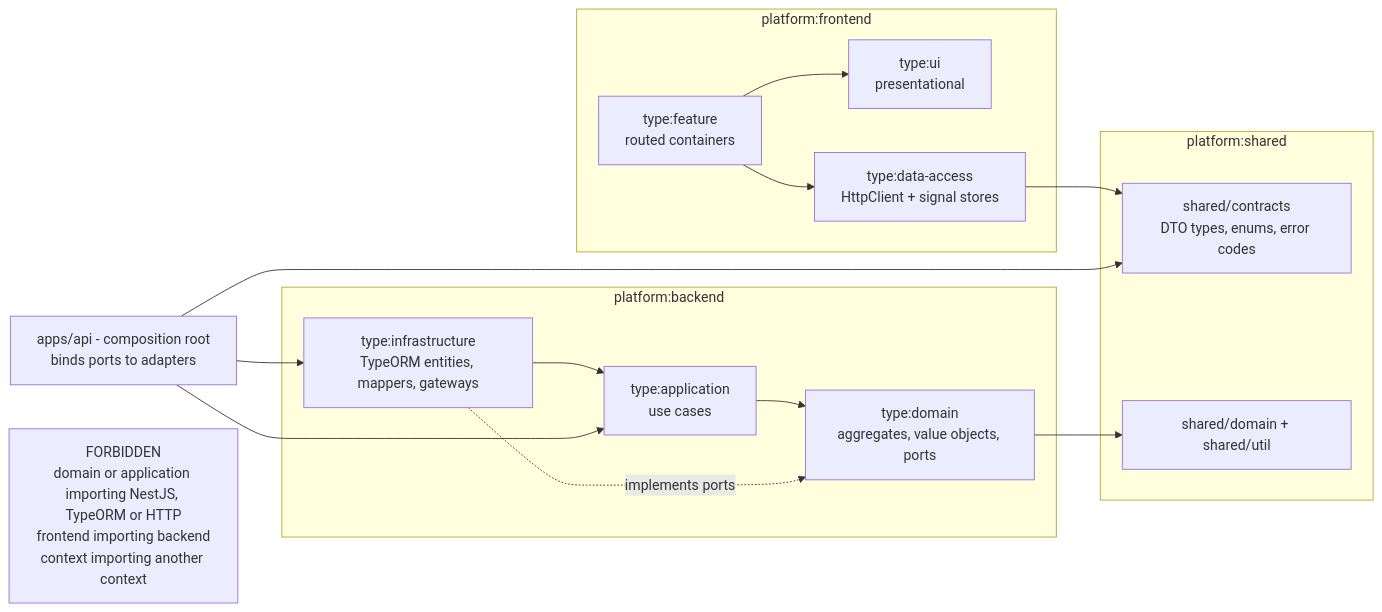
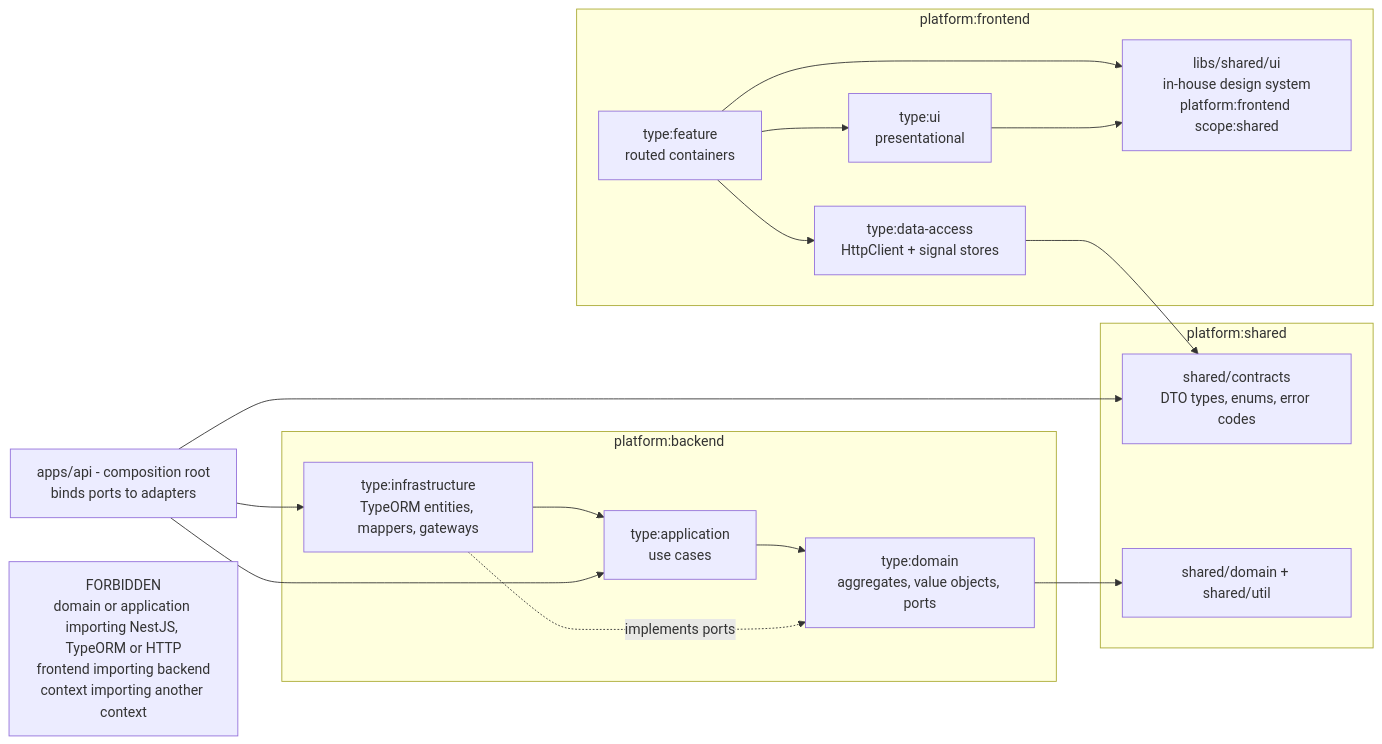
Before and after one commit to LIDR-academy/AI4Devs-finalproject: the second of 12 diagrams in readme.md, drawn with Mermaid. The commit also changed other lines of this file and 6 other files, not shown here.

````diff
--- a/readme.md
+++ b/readme.md
@@ -186,34 +186,37 @@
 ```mermaid
 flowchart LR
     subgraph FE["platform:frontend"]
         F_FEAT["type:feature<br/>routed containers"]
         F_UI["type:ui<br/>presentational"]
         F_DA["type:data-access<br/>HttpClient + signal stores"]
+        SH_UI["libs/shared/ui<br/>in-house design system<br/>platform:frontend scope:shared"]
     end
 
     subgraph SH["platform:shared"]
         CONTRACTS["shared/contracts<br/>DTO types, enums, error codes"]
         SDOM["shared/domain + shared/util"]
     end
 
     subgraph BE["platform:backend"]
         B_INFRA["type:infrastructure<br/>TypeORM entities, mappers, gateways"]
         B_APP["type:application<br/>use cases"]
         B_DOM["type:domain<br/>aggregates, value objects, ports"]
     end
 
     APP_API["apps/api - composition root<br/>binds ports to adapters"]
 
     F_FEAT --> F_UI
     F_FEAT --> F_DA
+    F_FEAT --> SH_UI
+    F_UI --> SH_UI
     F_DA --> CONTRACTS
     B_INFRA --> B_APP
     B_APP --> B_DOM
     B_DOM --> SDOM
     B_INFRA -.->|"implements ports"| B_DOM
     APP_API --> B_INFRA
     APP_API --> B_APP
     APP_API --> CONTRACTS
 
     FORBIDDEN["FORBIDDEN<br/>domain or application importing NestJS, TypeORM or HTTP<br/>frontend importing backend<br/>context importing another context"]
 ```
````
